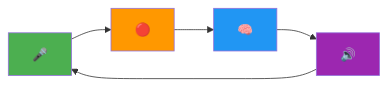
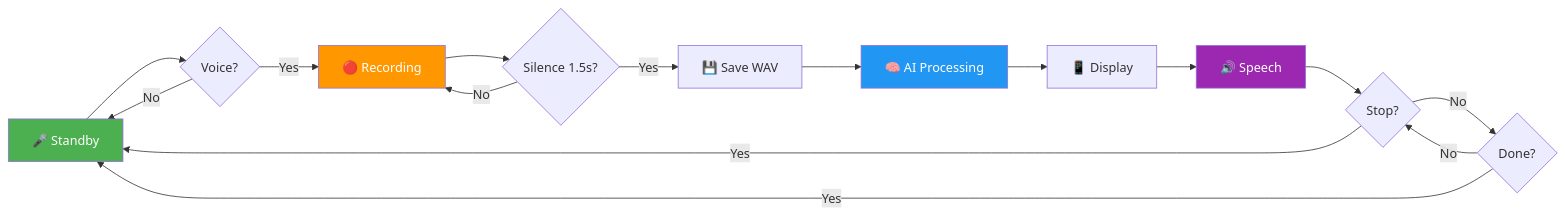
One commit to marutyan/ISP_llama changed the diagram in README.md. Above: the diagram before and after it, drawn with Mermaid. The commit also changed other lines of this file, not shown here.

Commit message:
📊 Balanced flowchart: Horizontal layout with full information
✅ **Perfect Balance Achieved**:
- Maintained horizontal layout (LR) for width optimization
- Restored full 12-node information flow
- Complete decision points and process steps
- Detailed explanatory features section

🎯 **Best of Both Worlds**:
- Compact horizontal display for mobile/GitHub
- Complete workflow information preserved
- All essential decision points included
- Comprehensive feature descriptions

📱 **Layout Benefits**:
- Horizontal flow fits better on screens
- Maintains all critical information
- Professional documentation quality
- Optimal balance of size and detail

User feedback incorporated: horizontal good, but need full information content!

````diff
--- a/README.md
+++ b/README.md
@@ -39,8 +39,22 @@
 ```mermaid
 graph LR
-    A[🎤] --> B[🔴] --> C[🧠] --> D[🔊] --> A
-    style A fill:#4CAF50
-    style B fill:#FF9800
-    style C fill:#2196F3
-    style D fill:#9C27B0
+    A["🎤 Standby"] --> B{Voice?}
+    B -->|No| A
+    B -->|Yes| C["🔴 Recording"]
+    C --> D{Silence 1.5s?}
+    D -->|No| C
+    D -->|Yes| E["💾 Save WAV"]
+    E --> F["🧠 AI Processing"]
+    F --> G["📱 Display"]
+    G --> H["🔊 Speech"]
+    H --> I{Stop?}
+    I -->|Yes| A
+    I -->|No| J{Done?}
+    J -->|No| I
+    J -->|Yes| A
+
+    style A fill:#4CAF50,color:#fff
+    style C fill:#FF9800,color:#fff
+    style F fill:#2196F3,color:#fff
+    style H fill:#9C27B0,color:#fff
 ```
````
